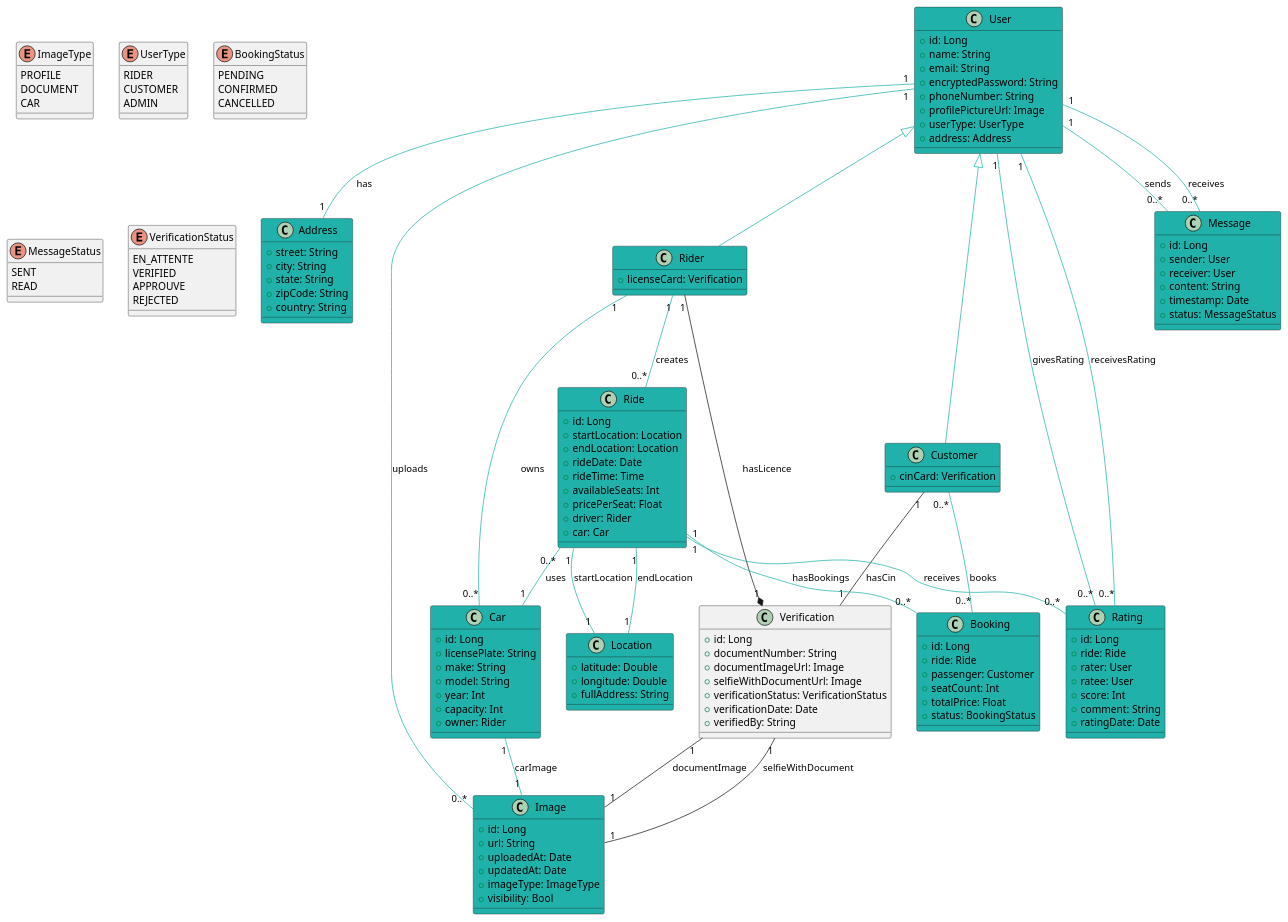
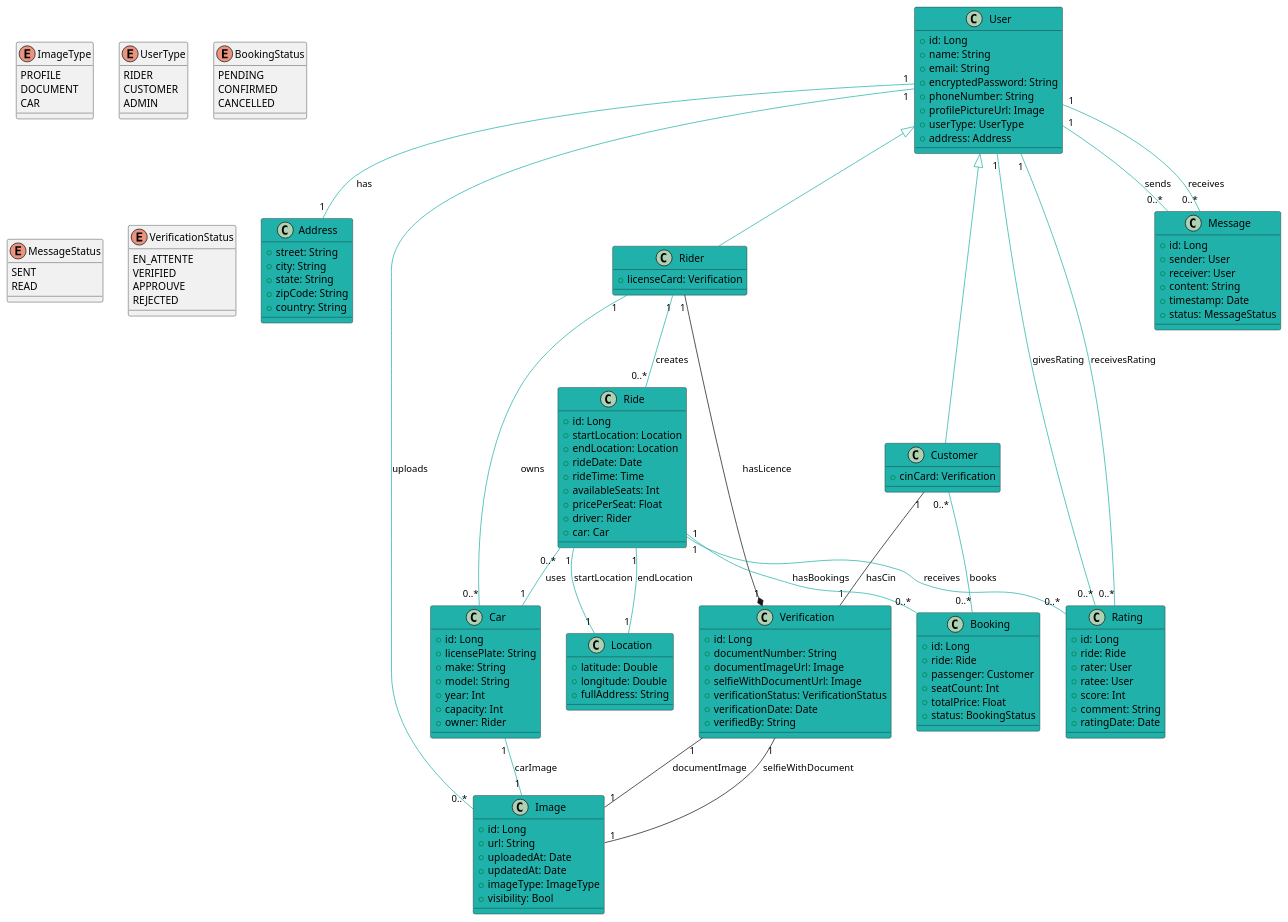
The diagram in MyRide.plantuml (Mk-1000/my-ride-api), drawn with PlantUML before and after one commit. The commit also changed 8 other files, not shown here.

```diff
--- a/MyRide.plantuml
+++ b/MyRide.plantuml
@@ -1,163 +1,163 @@
 @startuml
 class User #LightSeaGreen {
   +id: Long
   +name: String
   +email: String
   +encryptedPassword: String
   +phoneNumber: String
   +profilePictureUrl: Image
   +userType: UserType
   +address: Address
 }
 
 class Address #LightSeaGreen {
   +street: String
   +city: String
   +state: String
   +zipCode: String
   +country: String
 }
 
 class Location #LightSeaGreen {
   +latitude: Double
   +longitude: Double
   +fullAddress: String
 }
 
 class Rider #LightSeaGreen {
   +licenseCard: Verification
 }
 
-class Verification {
+class Verification #LightSeaGreen  {
   +id: Long
   +documentNumber: String
   +documentImageUrl: Image
   +selfieWithDocumentUrl: Image
   +verificationStatus: VerificationStatus
   +verificationDate: Date
   +verifiedBy: String
 }
 
 class Customer #LightSeaGreen{
     +cinCard: Verification
 }
 
 class Car #LightSeaGreen{
   +id: Long
   +licensePlate: String
   +make: String
   +model: String
   +year: Int
   +capacity: Int
   +owner: Rider
 }
 
 class Ride #LightSeaGreen {
   +id: Long
   +startLocation: Location
   +endLocation: Location
   +rideDate: Date
   +rideTime: Time
   +availableSeats: Int
   +pricePerSeat: Float
   +driver: Rider
   +car: Car
 }
 
 class Booking #LightSeaGreen {
   +id: Long
   +ride: Ride
   +passenger: Customer
   +seatCount: Int
   +totalPrice: Float
   +status: BookingStatus
 }
 
 class Rating #LightSeaGreen {
   +id: Long
   +ride: Ride
   +rater: User
   +ratee: User
   +score: Int
   +comment: String
   +ratingDate: Date
 }
 
 class Message #LightSeaGreen {
   +id: Long
   +sender: User
   +receiver: User
   +content: String
   +timestamp: Date
   +status: MessageStatus
 }
 
 class Image #LightSeaGreen {
   +id: Long
   +url: String
   +uploadedAt: Date
   +updatedAt: Date
   +imageType: ImageType
   +visibility: Bool
 }
 
-enum ImageType {
+enum ImageType{
   PROFILE
   DOCUMENT
   CAR
 }
 
 enum UserType {
   RIDER
   CUSTOMER
   ADMIN
 }
 
 enum BookingStatus {
   PENDING
   CONFIRMED
   CANCELLED
 }
 
 enum MessageStatus {
   SENT
   READ
 }
 
 ' Waiting for verification (initial state)
 ' Good detection by AI (automated status)
 ' Final approval by support team
 ' Rejected by support team or failed AI verification
 
 enum VerificationStatus {
   EN_ATTENTE
   VERIFIED
   APPROUVE
   REJECTED
 }
 
 ' Relationships
 Customer "1" -- "1" Verification: hasCin
 Rider "1" --* "1" Verification : hasLicence
 User "1" -- "1" Address #LightSeaGreen: has
 
 User "1" -- "0..*" Image #LightSeaGreen : uploads
 Car "1" -- "1" Image #LightSeaGreen : carImage
 Verification "1" -- "1" Image: documentImage
 Verification "1" -- "1" Image: selfieWithDocument
 
 User <|-- Rider #LightSeaGreen
 User <|-- Customer #LightSeaGreen
 Rider "1" -- "0..*" Car #LightSeaGreen : owns
 Rider "1" -- "0..*" Ride #LightSeaGreen : creates 
 Ride "0..*" -- "1" Car #LightSeaGreen : uses
 Ride "1" -- "0..*" Booking #LightSeaGreen : hasBookings
 Customer "0..*" -- "0..*" Booking #LightSeaGreen : books
 Ride "1" -- "0..*" Rating #LightSeaGreen : receives
 User "1" -- "0..*" Rating #LightSeaGreen : givesRating
 User "1" -- "0..*" Rating #LightSeaGreen : receivesRating
 User "1" -- "0..*" Message #LightSeaGreen : sends
 User "1" -- "0..*" Message #LightSeaGreen : receives
 Ride "1" -- "1" Location #LightSeaGreen : startLocation
 Ride "1" -- "1" Location #LightSeaGreen : endLocation
 @enduml
```
